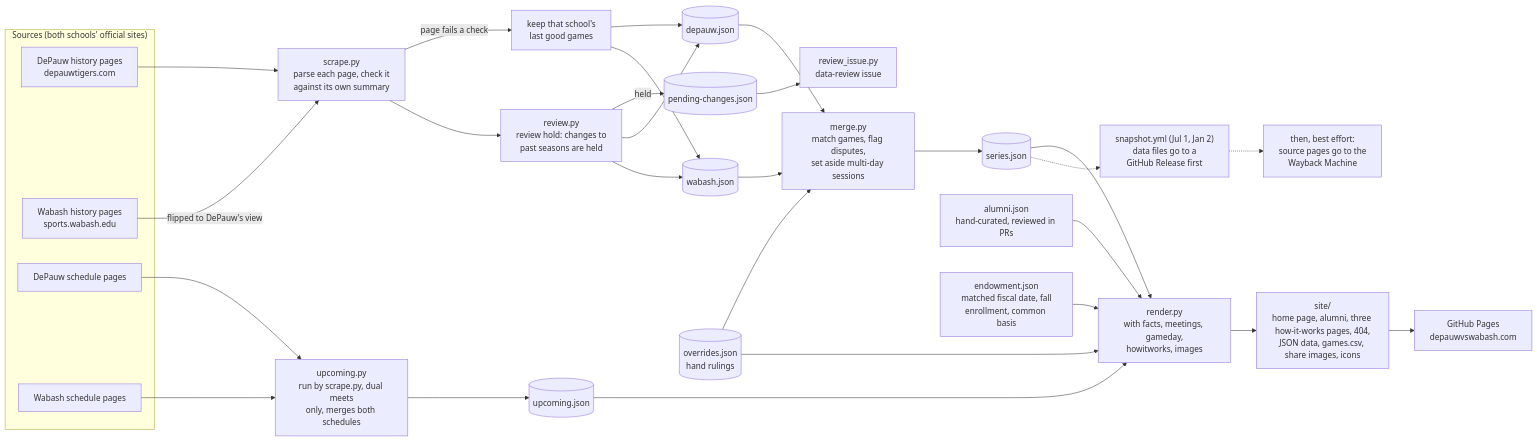
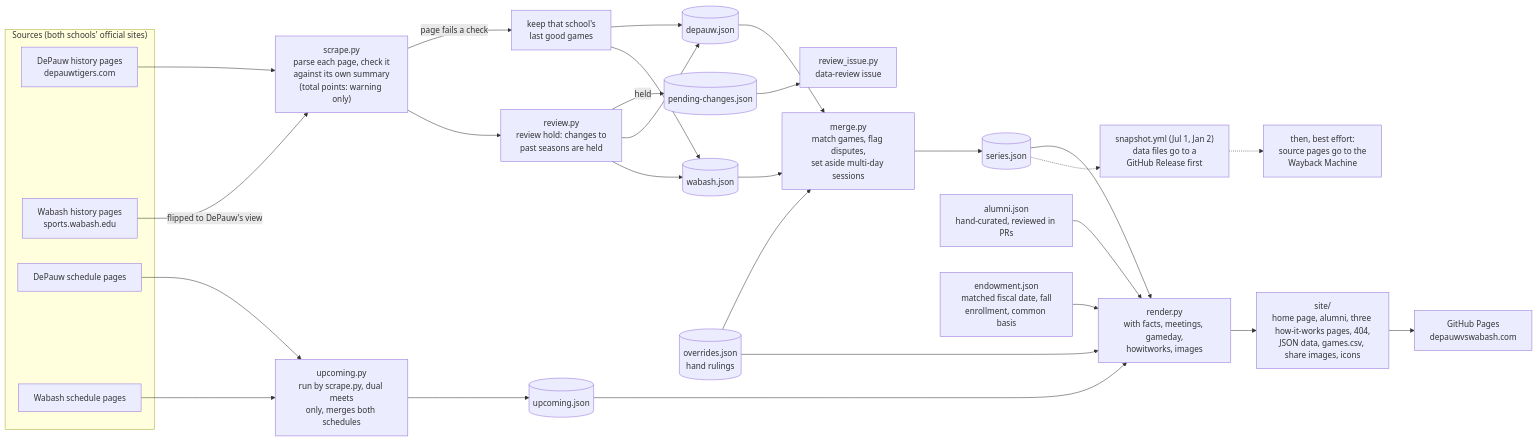
One commit to Haynesmodel/DePauw-vs-Wabash-web changed the first of 3 diagrams in README.md. Above: the diagram before and after it, drawn with Mermaid. The commit also changed other lines of this file, not shown here.

Commit message:
Document the total-points warning and the curly-apostrophe rule

````diff
--- a/README.md
+++ b/README.md
@@ -72,36 +72,36 @@
 ```mermaid
 flowchart LR
   subgraph SRC["Sources (both schools' official sites)"]
     DH["DePauw history pages<br/>depauwtigers.com"]
     WH["Wabash history pages<br/>sports.wabash.edu"]
     DS["DePauw schedule pages"]
     WS["Wabash schedule pages"]
   end
 
-  DH --> P["scrape.py<br/>parse each page, check it<br/>against its own summary"]
+  DH --> P["scrape.py<br/>parse each page, check it<br/>against its own summary<br/>(total points: warning only)"]
   WH -- "flipped to DePauw's view" --> P
   P -- "page fails a check" --> K["keep that school's<br/>last good games"]
   P --> R["review.py<br/>review hold: changes to<br/>past seasons are held"]
   R -- "held" --> PC[("pending-changes.json")]
   PC --> RI["review_issue.py<br/>data-review issue"]
   R --> DJ[("depauw.json")]
   R --> WJ[("wabash.json")]
   K --> DJ
   K --> WJ
   DJ --> M["merge.py<br/>match games, flag disputes,<br/>set aside multi-day sessions"]
   WJ --> M
   OV[("overrides.json<br/>hand rulings")] --> M
   M --> SJ[("series.json")]
   DS --> U["upcoming.py<br/>run by scrape.py, dual meets<br/>only, merges both schedules"]
   WS --> U
   U --> UJ[("upcoming.json")]
   SJ --> RN["render.py<br/>with facts, meetings, gameday,<br/>howitworks, images"]
   AL["alumni.json<br/>hand-curated, reviewed in PRs"] --> RN
   EN["endowment.json<br/>matched fiscal date, fall<br/>enrollment, common basis"] --> RN
   UJ --> RN
   OV --> RN
   RN --> SITE["site/<br/>home page, alumni, three how-it-works pages, 404,<br/>JSON data, games.csv, share images, icons"]
   SITE --> GP["GitHub Pages<br/>depauwvswabash.com"]
   SJ -.-> SN["snapshot.yml (Jul 1, Jan 2)<br/>data files go to a<br/>GitHub Release first"]
   SN -.-> WB["then, best effort:<br/>source pages go to the<br/>Wayback Machine"]
 ```
````
